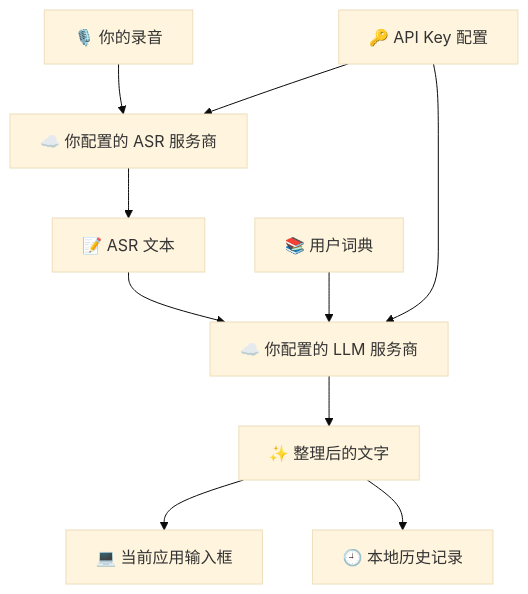
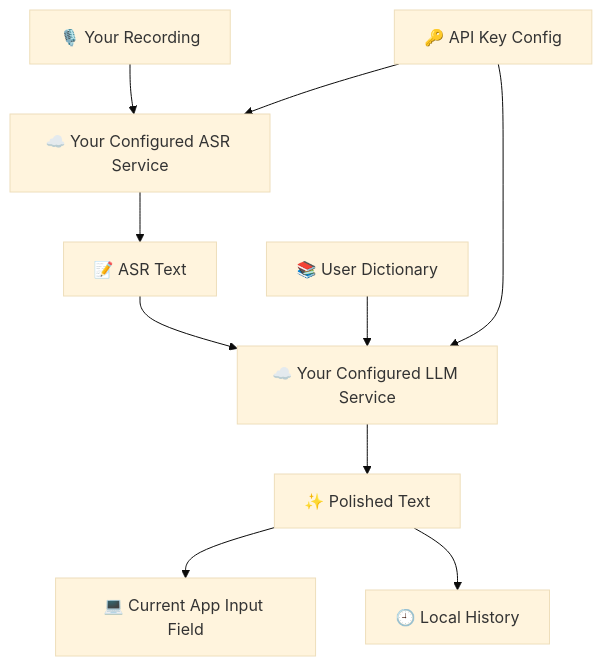
One commit to lubiny0601-spec/whisper-input changed the fourth of 5 diagrams in README.md. Above: the diagram before and after it, drawn with Mermaid (base theme). The commit also changed other lines of this file and 1 other file, not shown here.

````diff
--- a/README.md
+++ b/README.md
@@ -195,12 +201,12 @@
 ```mermaid
 flowchart TB
-  A["🎙️ 你的录音"] --> B["☁️ 你配置的 ASR 服务商"]
-  B --> C["📝 ASR 文本"]
-  C --> D["☁️ 你配置的 LLM 服务商"]
-  D --> E["✨ 整理后的文字"]
-  E --> F["💻 当前应用输入框"]
-  E --> G["🕘 本地历史记录"]
-  H["📚 用户词典"] --> D
-  I["🔑 API Key 配置"] --> B
+  A["🎙️ Your Recording"] --> B["☁️ Your Configured ASR Service"]
+  B --> C["📝 ASR Text"]
+  C --> D["☁️ Your Configured LLM Service"]
+  D --> E["✨ Polished Text"]
+  E --> F["💻 Current App Input Field"]
+  E --> G["🕘 Local History"]
+  H["📚 User Dictionary"] --> D
+  I["🔑 API Key Config"] --> B
   I --> D
 ```
````
